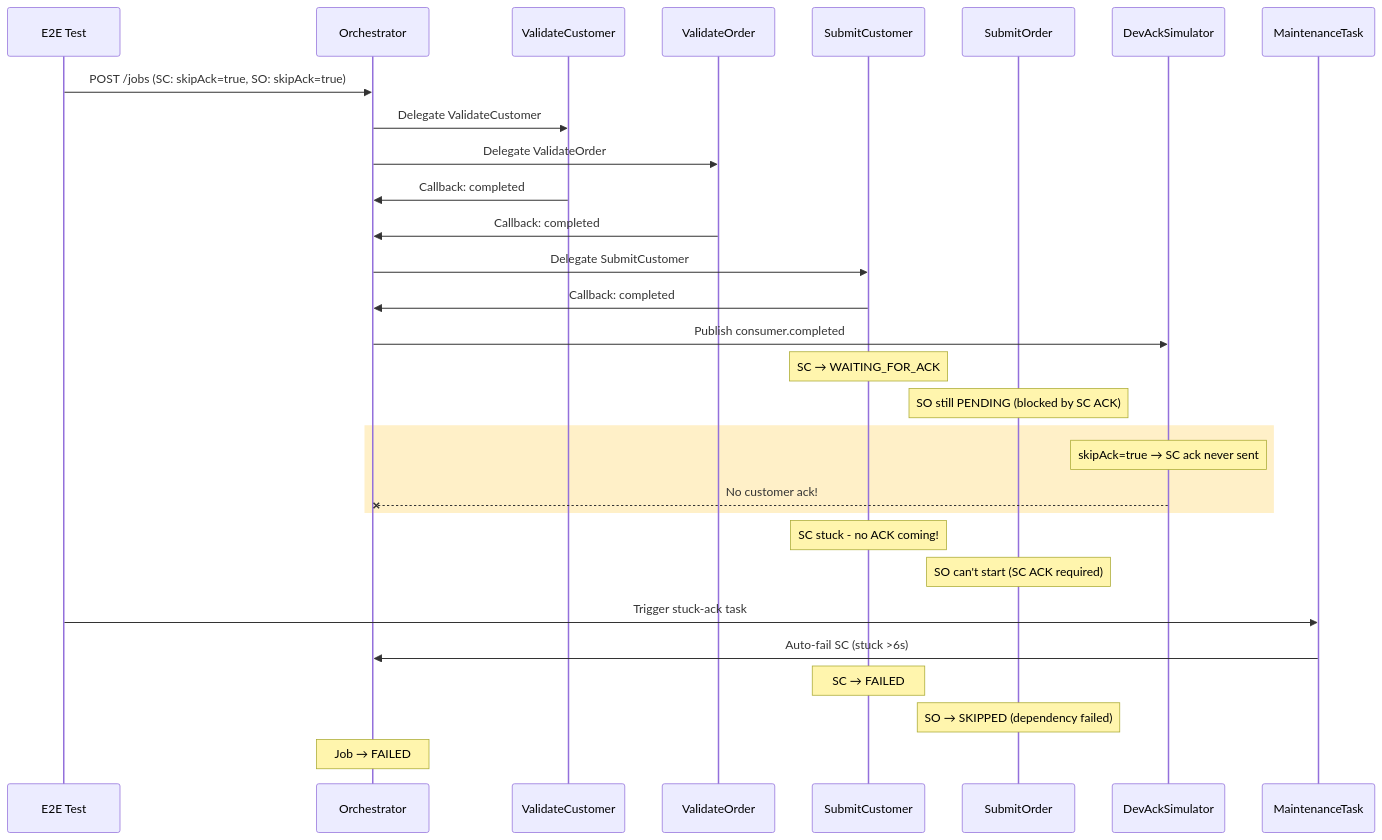
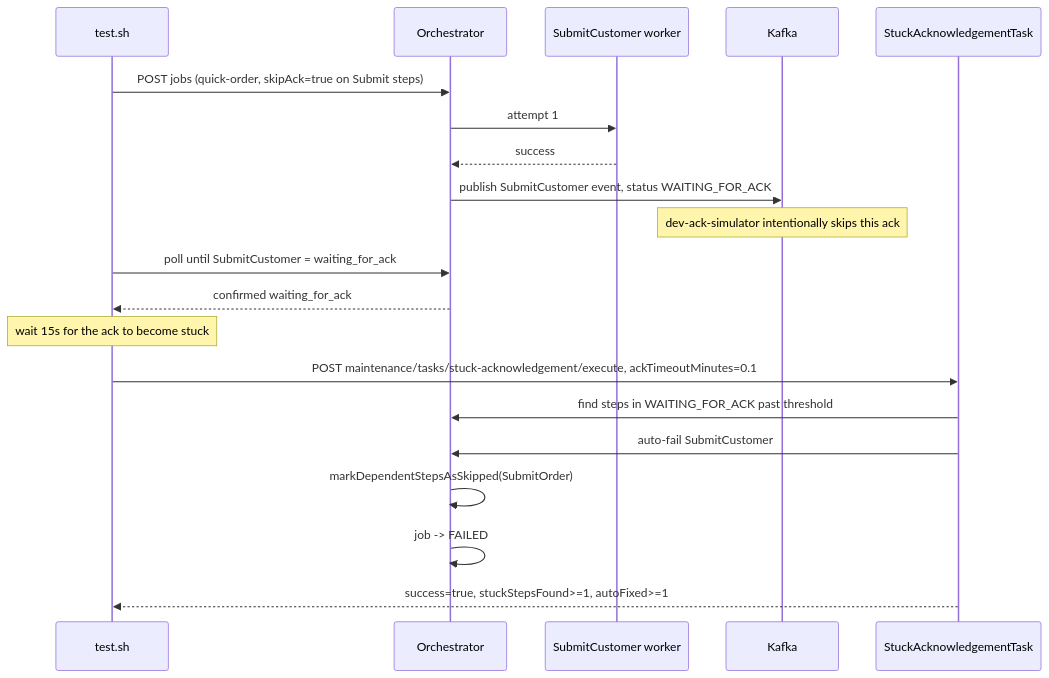
Before and after one commit to inctasoft/setpoint-evals-dtm-examples: the diagram in setpoint-evals/SE-07-stuck-ack-recovery/README.md, drawn with Mermaid. The commit also changed other lines of this file and 12 other files, not shown here.

````diff
--- a/setpoint-evals/SE-07-stuck-ack-recovery/README.md
+++ b/setpoint-evals/SE-07-stuck-ack-recovery/README.md
@@ -36,40 +24,25 @@
 ```mermaid
 sequenceDiagram
-    participant Test as E2E Test
-    participant Orch as Orchestrator
-    participant VC as ValidateCustomer
-    participant VO as ValidateOrder
-    participant SC as SubmitCustomer
-    participant SO as SubmitOrder
-    participant Sim as DevAckSimulator
-    participant Maint as MaintenanceTask
+    participant T as test.sh
+    participant O as Orchestrator
+    participant SC as SubmitCustomer worker
+    participant K as Kafka
+    participant Task as StuckAcknowledgementTask
 
-    Test->>Orch: POST /jobs (SC: skipAck=true, SO: skipAck=true)
-    Orch->>VC: Delegate ValidateCustomer
-    Orch->>VO: Delegate ValidateOrder
+    T->>O: POST jobs (quick-order, skipAck=true on Submit steps)
+    O->>SC: attempt 1
+    SC-->>O: success
+    O->>K: publish SubmitCustomer event, status WAITING_FOR_ACK
+    Note over K: dev-ack-simulator intentionally skips this ack
 
-    VC->>Orch: Callback: completed
-    VO->>Orch: Callback: completed
+    T->>O: poll until SubmitCustomer = waiting_for_ack
+    O-->>T: confirmed waiting_for_ack
 
-    Orch->>SC: Delegate SubmitCustomer
-    SC->>Orch: Callback: completed
-    Orch->>Sim: Publish consumer.completed
-
-    Note over SC: SC → WAITING_FOR_ACK
-    Note over SO: SO still PENDING (blocked by SC ACK)
-
-    rect rgb(255, 240, 200)
-        Note over Sim: skipAck=true → SC ack never sent
-        Sim--xOrch: No customer ack!
-    end
-
-    Note over SC: SC stuck - no ACK coming!
-    Note over SO: SO can't start (SC ACK required)
-
-    Test->>Maint: Trigger stuck-ack task
-    Maint->>Orch: Auto-fail SC (stuck >6s)
-
-    Note over SC: SC → FAILED
-    Note over SO: SO → SKIPPED (dependency failed)
-    Note over Orch: Job → FAILED
+    Note over T: wait 15s for the ack to become stuck
+    T->>Task: POST maintenance/tasks/stuck-acknowledgement/execute, ackTimeoutMinutes=0.1
+    Task->>O: find steps in WAITING_FOR_ACK past threshold
+    Task->>O: auto-fail SubmitCustomer
+    O->>O: markDependentStepsAsSkipped(SubmitOrder)
+    O->>O: job -> FAILED
+    Task-->>T: success=true, stuckStepsFound>=1, autoFixed>=1
 ```
````
